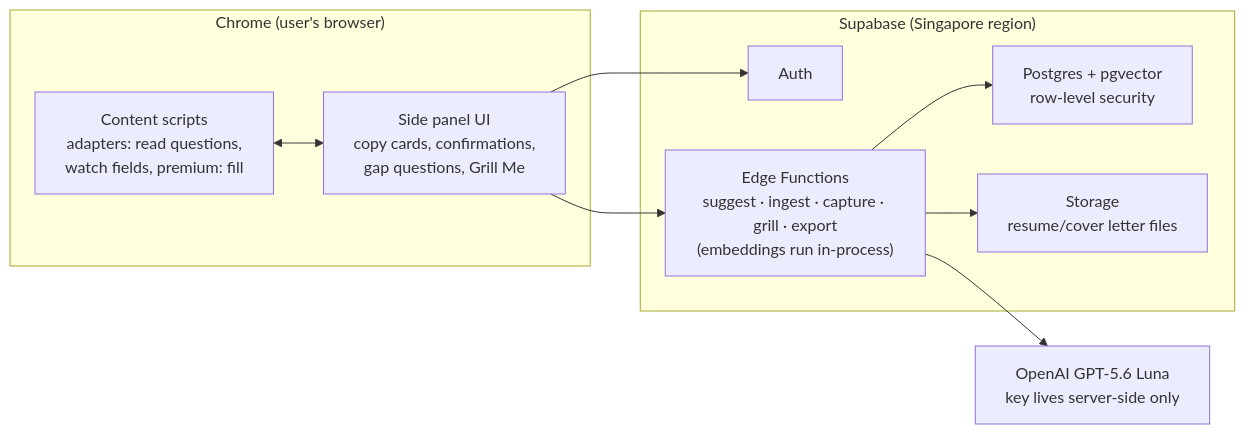
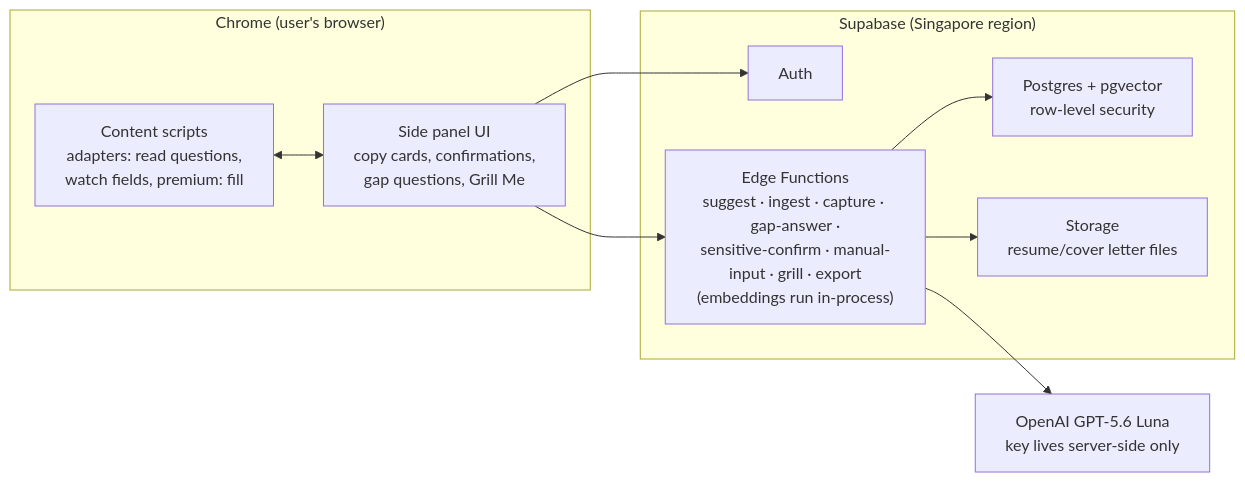
The diagram in docs/ARCHITECTURE.md (alvinleyble/jobibi), drawn with Mermaid before and after one commit. The commit also changed other lines of this file and 11 other files, not shown here.

First line of the commit message:
feat(supabase): add sensitive storage gate at insert and manual input on refuse (#18)

````diff
--- a/docs/ARCHITECTURE.md
+++ b/docs/ARCHITECTURE.md
@@ -7,21 +7,21 @@
 ```mermaid
 flowchart LR
     subgraph Browser["Chrome (user's browser)"]
         CS["Content scripts<br/>adapters: read questions,<br/>watch fields, premium: fill"]
         SP["Side panel UI<br/>copy cards, confirmations,<br/>gap questions, Grill Me"]
     end
     subgraph Supabase["Supabase (Singapore region)"]
         AUTH["Auth"]
         DB["Postgres + pgvector<br/>row-level security"]
         STG["Storage<br/>resume/cover letter files"]
-        EF["Edge Functions<br/>suggest · ingest · capture · grill · export<br/>(embeddings run in-process)"]
+        EF["Edge Functions<br/>suggest · ingest · capture · gap-answer ·<br/>sensitive-confirm · manual-input · grill · export<br/>(embeddings run in-process)"]
     end
     LLM["OpenAI GPT-5.6 Luna<br/>key lives server-side only"]
 
     CS <--> SP
     SP --> EF
     EF --> DB
     EF --> STG
     EF --> LLM
     SP --> AUTH
 ```
````
